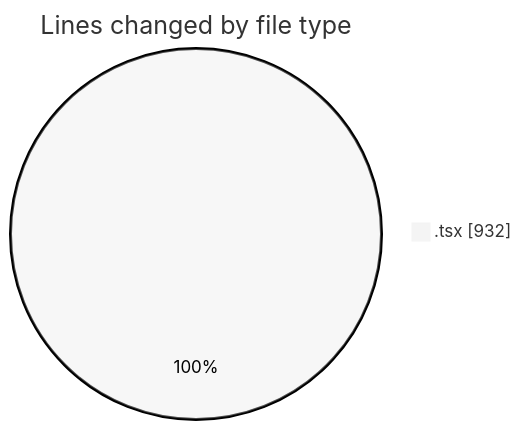
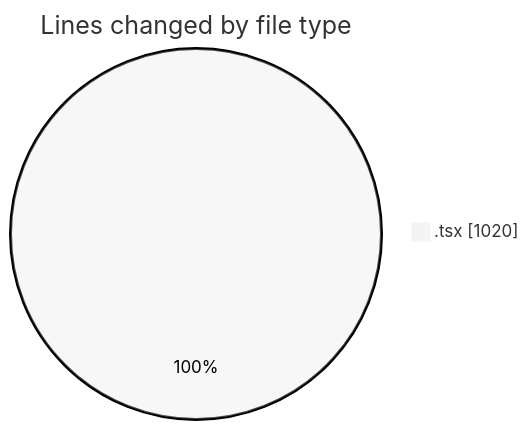
The first of 2 diagrams in 2026-02-03/nxtqube_webapp/README.md (nxtqubesakshisongat/code-tracking), drawn with Mermaid (neutral theme) before and after one commit. The commit also changed other lines of this file and 1 other file, not shown here.

````diff
--- a/2026-02-03/nxtqube_webapp/README.md
+++ b/2026-02-03/nxtqube_webapp/README.md
@@ -20,5 +20,5 @@
 ```mermaid
 pie showData
 title Lines changed by file type
-".tsx" : 932
+".tsx" : 1020
 ```
````
